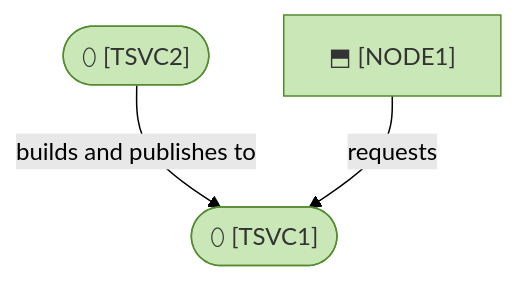
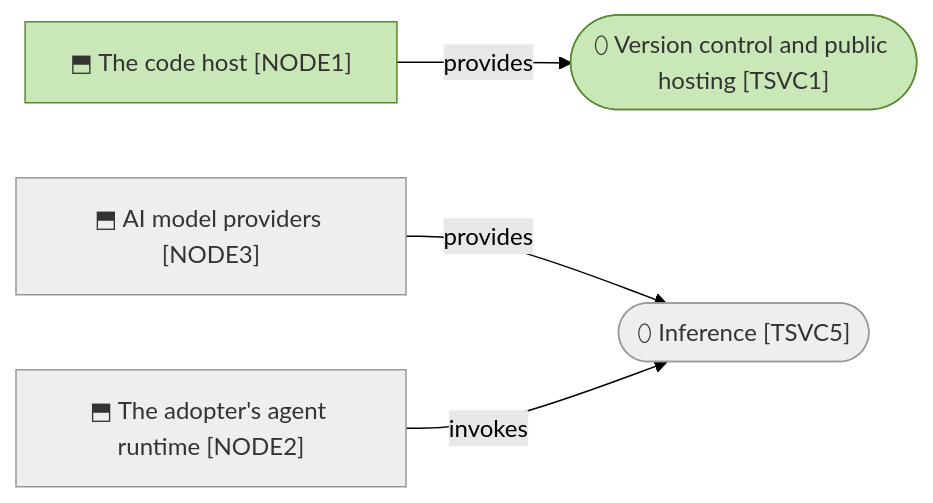
One commit to roanboc/architecture-archreator changed the diagram in org-archreator/architecture/5_technology/README.md. Above: the diagram before and after it, drawn with Mermaid (forest theme). The commit also changed other lines of this file and 27 other files, not shown here.

````diff
--- a/org-archreator/architecture/5_technology/README.md
+++ b/org-archreator/architecture/5_technology/README.md
@@ -31,11 +26,16 @@
 ```mermaid
-flowchart TB
-  runtime["⬒ <Where it runs> [NODE1]"]:::technology
-  hosting(["⬯ <Hosting/platform> [TSVC1]"]):::technology
-  ci(["⬯ <CI/CD> [TSVC2]"]):::technology
+flowchart LR
+  node1["⬒ The code host [NODE1]"]:::technology
+  node2["⬒ The adopter's agent runtime [NODE2]"]:::external
+  node3["⬒ AI model providers [NODE3]"]:::external
 
-  ci -->|builds and publishes to| hosting
-  runtime -->|requests| hosting
+  tsvc1(["⬯ Version control and public hosting [TSVC1]"]):::technology
+  tsvc5(["⬯ Inference [TSVC5]"]):::external
+
+  node1 -->|provides| tsvc1
+  node3 -->|provides| tsvc5
+  node2 -->|invokes| tsvc5
 
   classDef technology fill:#c9e7b7,stroke:#558b2f,color:#333
+  classDef external fill:#eeeeee,stroke:#999999,color:#333
 ```
````
